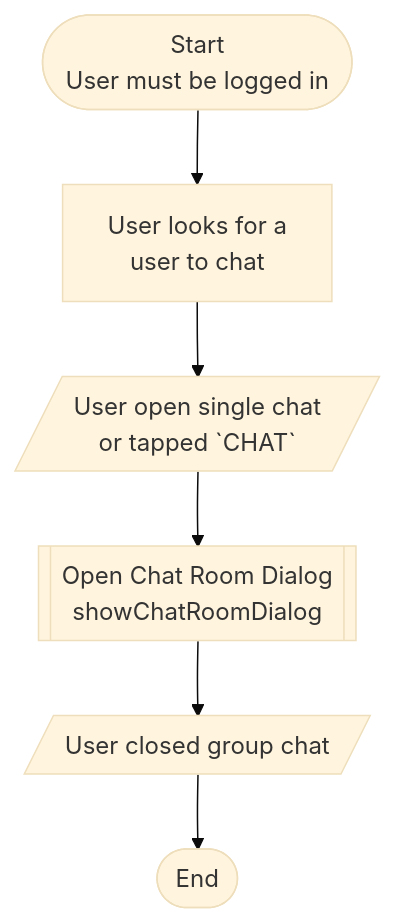
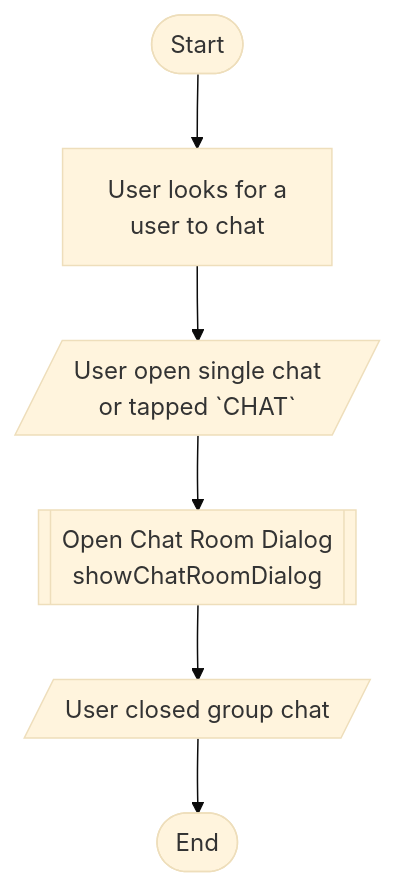
Before and after one commit to thruthesky/easy_packages: the second of 6 diagrams in easychat/README.md, drawn with Mermaid (base theme). The commit also changed other lines of this file and 7 other files, not shown here.

````diff
--- a/easychat/README.md
+++ b/easychat/README.md
@@ -355,11 +401,10 @@
 ```mermaid
 
 flowchart TD
-  start([Start\nUser must be logged in])
+  start([Start])
   --> userLook[User looks for a\n user to chat]
   --> userChatOpen[/User open single chat\nor tapped `CHAT` /]
   --> openChatRoom[[Open Chat Room Dialog\nshowChatRoomDialog]]
   --> userClosed[/User closed group chat/]
   --> final([End\n])
-
 ```
````
